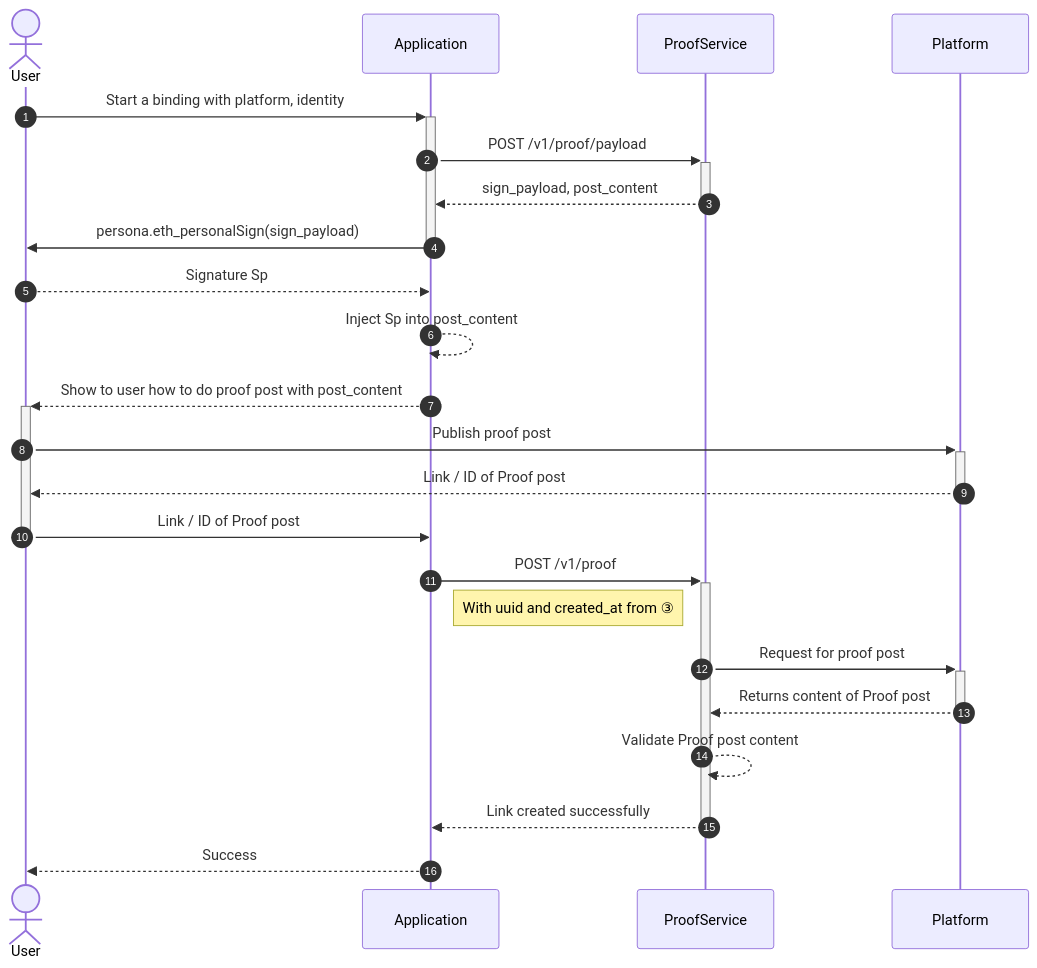
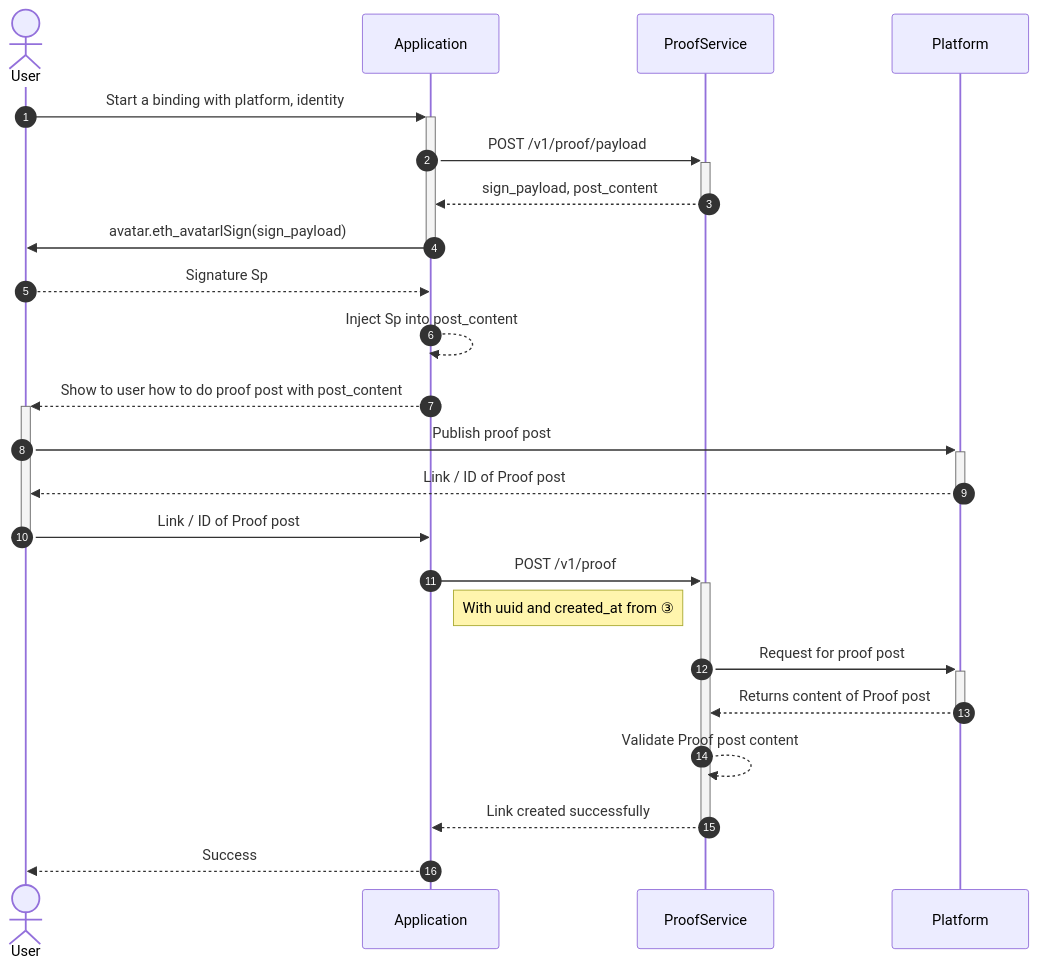
The first of 3 diagrams in i18n/zh-Hans/docusaurus-plugin-content-docs/current/proof-service/flow.md (NextDotID/docs), drawn with Mermaid before and after one commit. The commit also changed other lines of this file and 23 other files, not shown here.

Commit message:
[!] Term changed: Persona -> Avatar

````diff
--- a/i18n/zh-Hans/docusaurus-plugin-content-docs/current/proof-service/flow.md
+++ b/i18n/zh-Hans/docusaurus-plugin-content-docs/current/proof-service/flow.md
@@ -15,26 +15,26 @@
 ```mermaid
 sequenceDiagram
     autonumber
     actor U as User
     participant A as Application
     participant PS as ProofService
     participant P as Platform
 
     U ->>+ A : Start a binding with platform, identity
     A ->>+ PS : POST /v1/proof/payload
     PS -->>- A : sign_payload, post_content
-    A ->>- U : persona.eth_personalSign(sign_payload)
+    A ->>- U : avatar.eth_avatarlSign(sign_payload)
     U -->> A : Signature Sp
     A -->> A : Inject Sp into post_content
     A -->>+ U : Show to user how to do proof post with post_content
     U ->>+ P : Publish proof post
     P -->>- U : Link / ID of Proof post
     U ->>- A : Link / ID of Proof post
     A ->>+ PS : POST /v1/proof
     note right of A : With uuid and created_at from ③
     PS ->>+ P : Request for proof post
     P -->>- PS : Returns content of Proof post
     PS -->> PS : Validate Proof post content
     PS -->>- A : Link created successfully
     A -->> U : Success
 ```
````
